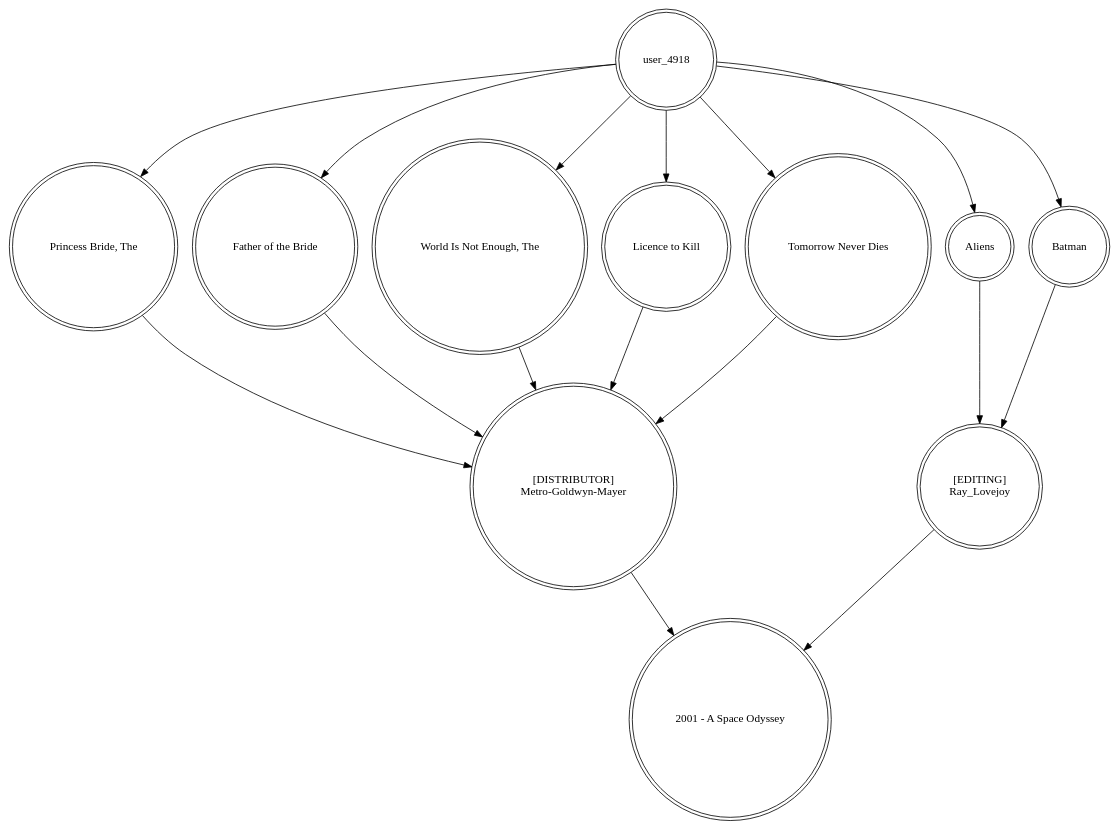
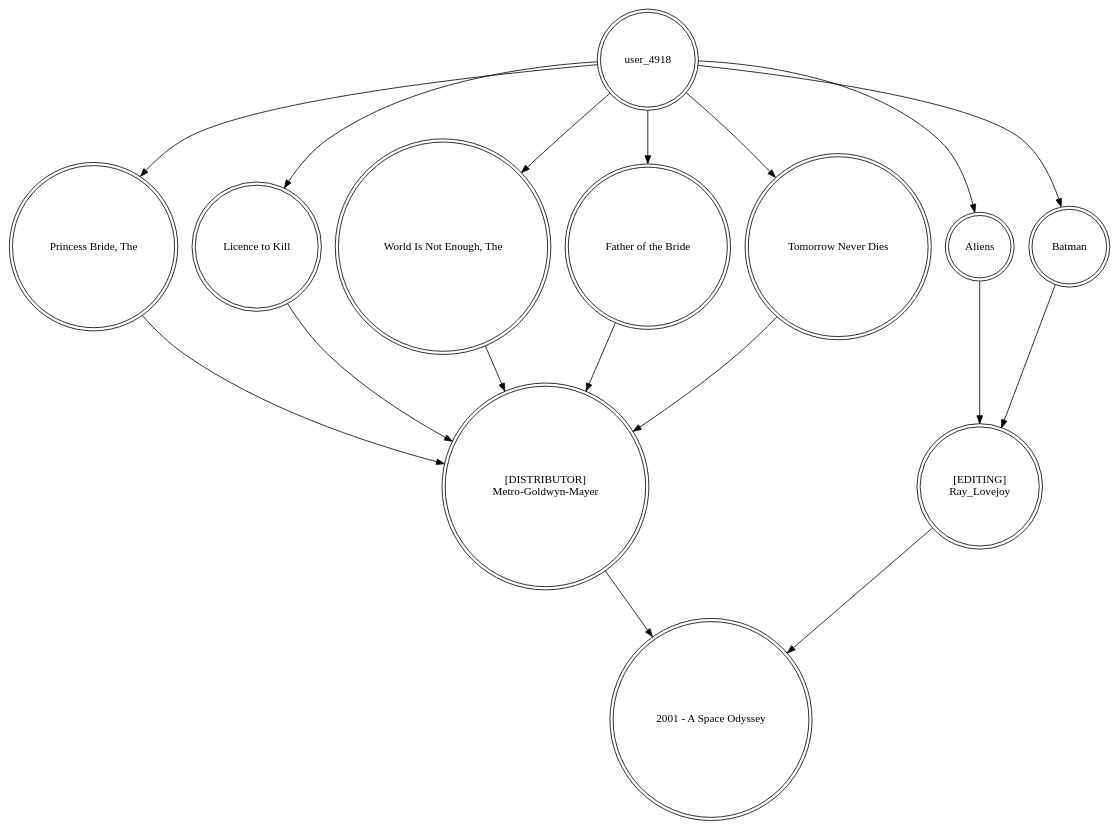
The diagram in cache/kgr_graph_user-user_4918_item-924.gv (saiteja-siddana/Movie-Recommendations-GUI), drawn with Graphviz before and after one commit. The commit also changed other lines of this file and 244 other files, not shown here.

Commit message:
Added demo and updated old deprecated graphviz code

```diff
--- a/cache/kgr_graph_user-user_4918_item-924.gv
+++ b/cache/kgr_graph_user-user_4918_item-924.gv
@@ -1,28 +1,28 @@
 digraph finite_state_machine {
 	node [shape=doublecircle]
-	user_4918 -> "Princess Bride, The"
-	user_4918 -> "Father of the Bride"
+	"Princess Bride, The" -> "[DISTRIBUTOR]
+Metro-Goldwyn-Mayer"
+	user_4918 -> Aliens
+	"Licence to Kill" -> "[DISTRIBUTOR]
+Metro-Goldwyn-Mayer"
+	user_4918 -> "World Is Not Enough, The"
+	"Father of the Bride" -> "[DISTRIBUTOR]
+Metro-Goldwyn-Mayer"
 	"[DISTRIBUTOR]
 Metro-Goldwyn-Mayer" -> "2001 - A Space Odyssey"
-	user_4918 -> "World Is Not Enough, The"
+	"World Is Not Enough, The" -> "[DISTRIBUTOR]
+Metro-Goldwyn-Mayer"
+	"[EDITING]
+Ray_Lovejoy" -> "2001 - A Space Odyssey"
 	user_4918 -> "Licence to Kill"
 	Aliens -> "[EDITING]
 Ray_Lovejoy"
-	"Father of the Bride" -> "[DISTRIBUTOR]
-Metro-Goldwyn-Mayer"
-	"World Is Not Enough, The" -> "[DISTRIBUTOR]
-Metro-Goldwyn-Mayer"
-	user_4918 -> Aliens
+	user_4918 -> Batman
+	user_4918 -> "Princess Bride, The"
 	Batman -> "[EDITING]
 Ray_Lovejoy"
-	"[EDITING]
-Ray_Lovejoy" -> "2001 - A Space Odyssey"
+	user_4918 -> "Tomorrow Never Dies"
+	user_4918 -> "Father of the Bride"
 	"Tomorrow Never Dies" -> "[DISTRIBUTOR]
 Metro-Goldwyn-Mayer"
-	user_4918 -> Batman
-	user_4918 -> "Tomorrow Never Dies"
-	"Princess Bride, The" -> "[DISTRIBUTOR]
-Metro-Goldwyn-Mayer"
-	"Licence to Kill" -> "[DISTRIBUTOR]
-Metro-Goldwyn-Mayer"
 }
```
